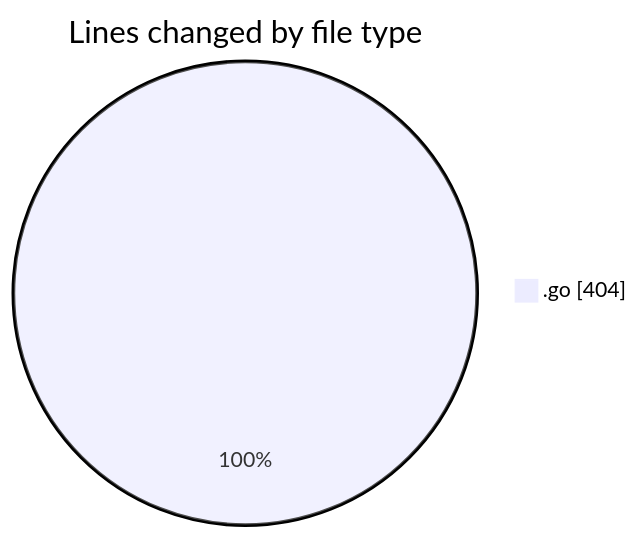
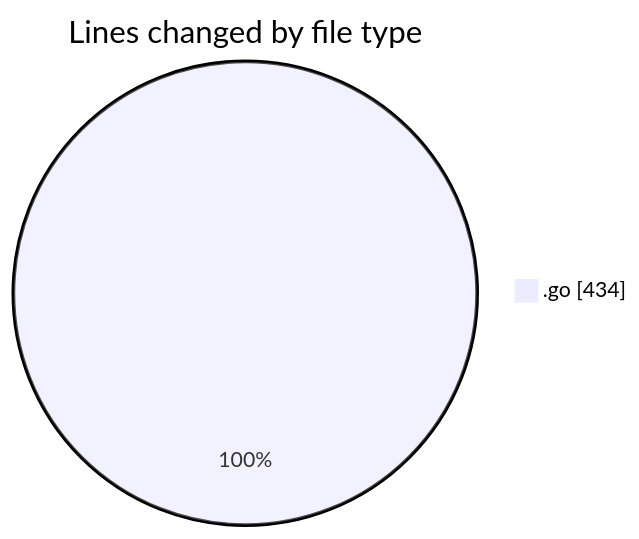
The first of 2 diagrams in 2025-03-05/simulador/README.md (robertbonfada/code-tracking), drawn with Mermaid before and after one commit. The commit also changed other lines of this file and 1 other file, not shown here.

````diff
--- a/2025-03-05/simulador/README.md
+++ b/2025-03-05/simulador/README.md
@@ -20,5 +20,5 @@
 ```mermaid
 pie showData
 title Lines changed by file type
-".go" : 404
+".go" : 434
 ```
````
